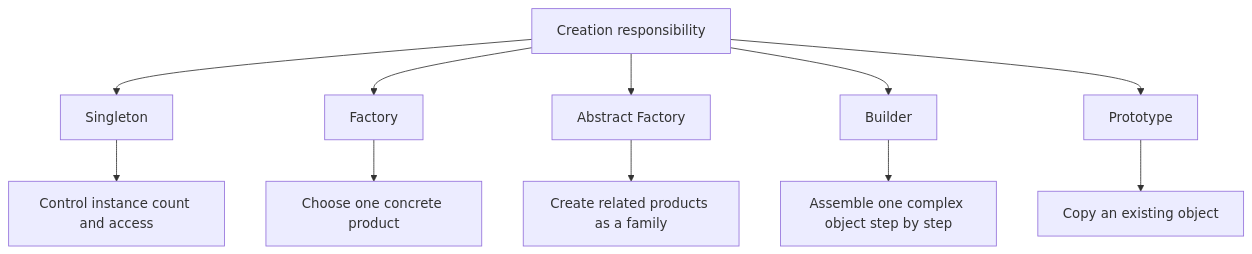
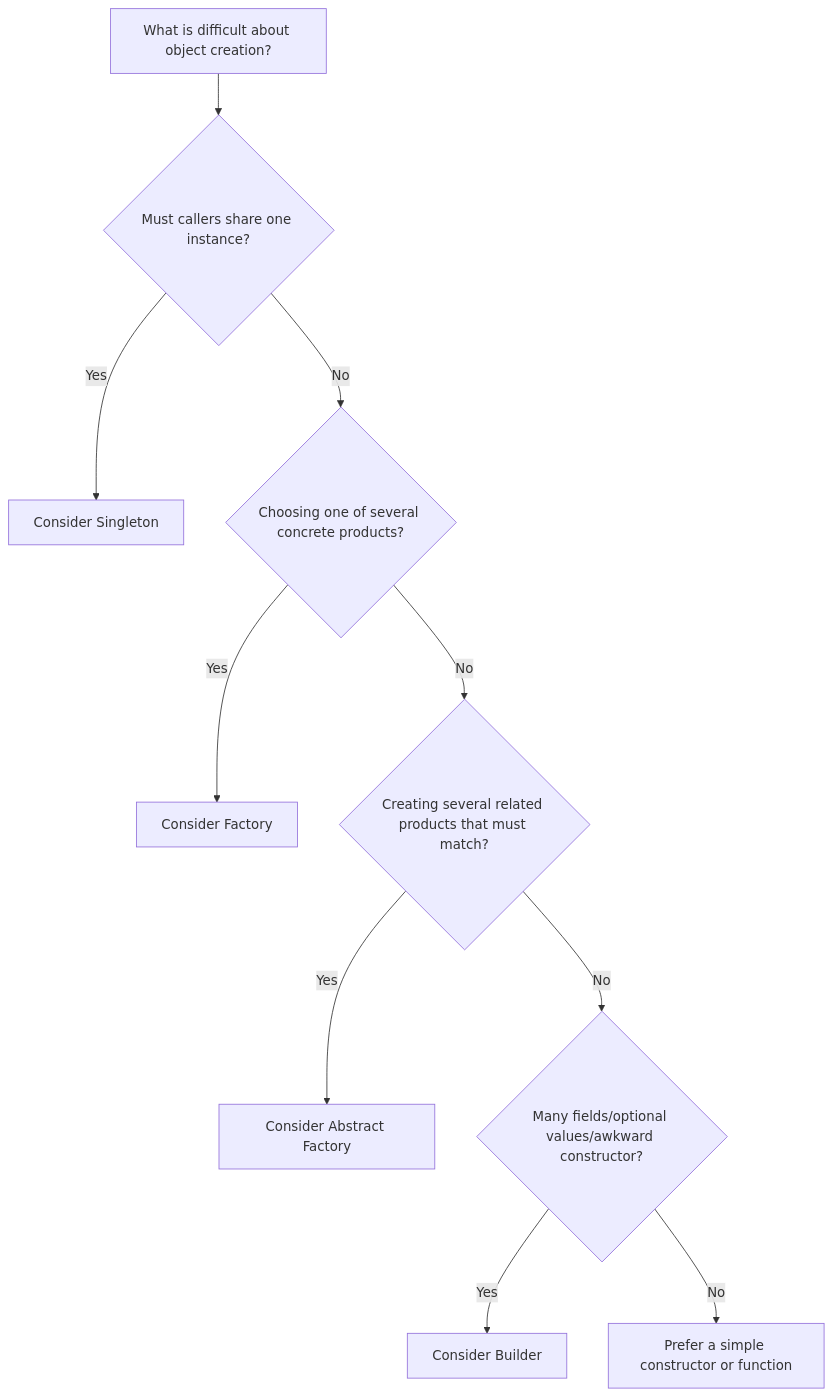
Before and after one commit to Jainparth22/ION_interview_helpful: the ninth of 9 diagrams in Design Patterns 101 --- Creational Design Patterns.md, drawn with Mermaid. The commit also changed other lines of this file, not shown here.

````diff
--- a/Design Patterns 101 --- Creational Design Patterns.md
+++ b/Design Patterns 101 --- Creational Design Patterns.md
@@ -2306,25 +767,12 @@
-``` mermaid
-
+```mermaid
 flowchart TD
-
-    A[Creation responsibility] --> B[Singleton]
-
-    A --> C[Factory]
-
-    A --> D[Abstract Factory]
-
-    A --> E[Builder]
-
-    A --> F[Prototype]
-
-    B --> B1[Control instance count and access]
-
-    C --> C1[Choose one concrete product]
-
-    D --> D1[Create related products as a family]
-
-    E --> E1[Assemble one complex object step by step]
-
-    F --> F1[Copy an existing object]
-
+    A[What is difficult about object creation?] --> B{Must callers share one instance?}
+    B -- Yes --> C[Consider Singleton]
+    B -- No --> D{Choosing one of several concrete products?}
+    D -- Yes --> E[Consider Factory]
+    D -- No --> F{Creating several related products that must match?}
+    F -- Yes --> G[Consider Abstract Factory]
+    F -- No --> H{Many fields/optional values/awkward constructor?}
+    H -- Yes --> I[Consider Builder]
+    H -- No --> J[Prefer a simple constructor or function]
 ```
````
